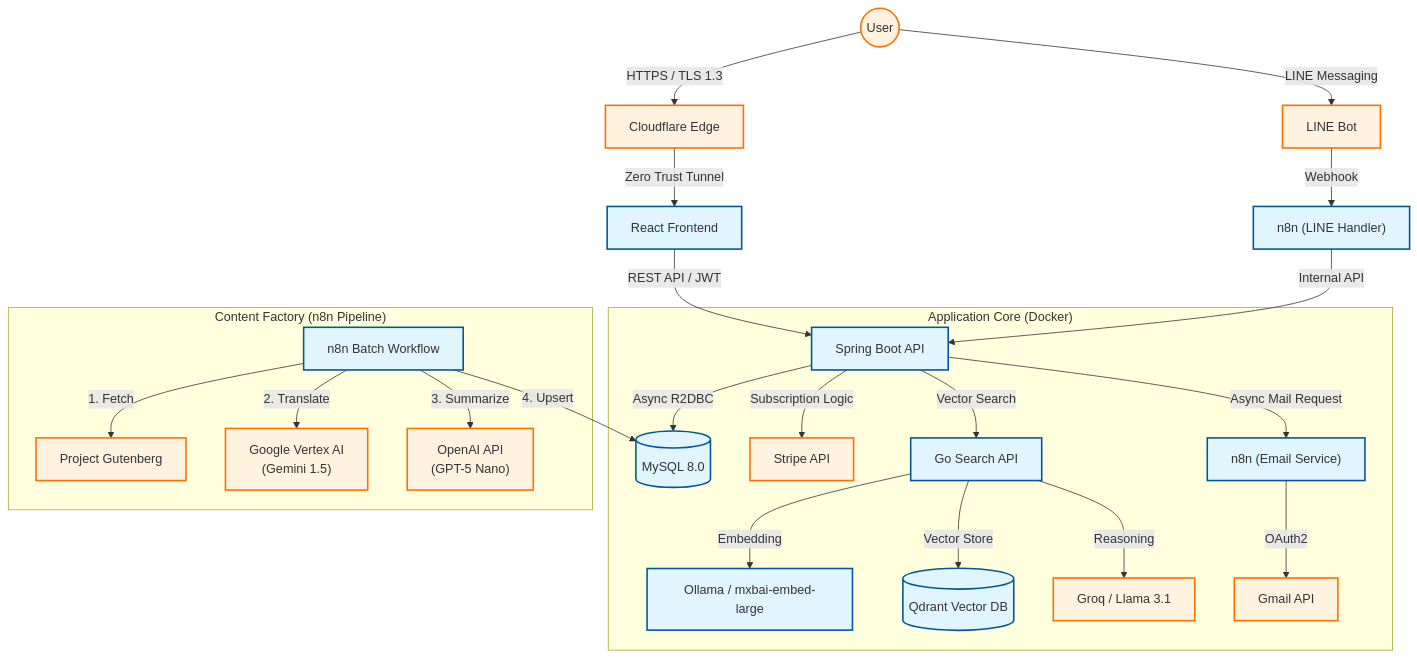
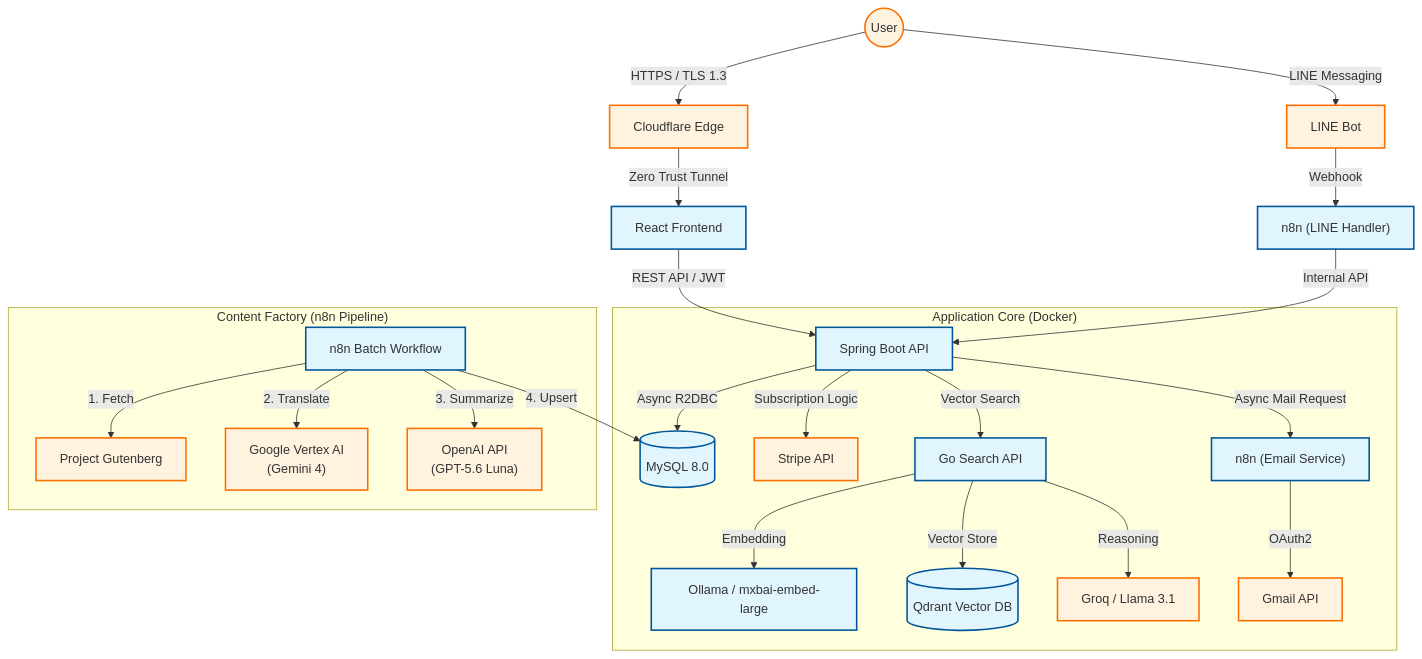
Before and after one commit to mokkoroneo/smartbrief: the diagram in docs/system-architecture-public.md, drawn with Mermaid. The commit also changed other lines of this file and 2 other files, not shown here.

Commit message:
chore(repo): fix index.html lang and entry point, update LICENSE holder, refresh pipeline model names

````diff
--- a/docs/system-architecture-public.md
+++ b/docs/system-architecture-public.md
@@ -32,42 +32,42 @@
 ```mermaid
 graph TD
     %% アクセス層
     User((User)) -->|HTTPS / TLS 1.3| CF[Cloudflare Edge]
     CF -->|Zero Trust Tunnel| FE[React Frontend]
     User -->|LINE Messaging| LINE[LINE Bot]
     
     FE -->|REST API / JWT| BE[Spring Boot API]
     
     %% 外部連携 & マイクロサービス
     LINE -->|Webhook| n8n_bot["n8n (LINE Handler)"]
     n8n_bot -->|Internal API| BE
     
     %% アプリケーションコア
     subgraph "Application Core (Docker)"
         BE -->|Async R2DBC| MySQL[("MySQL 8.0")]
         BE -->|Subscription Logic| Stripe[Stripe API]
 
         BE -->|Vector Search| SearchAPI[Go Search API]
 
         SearchAPI -->|Embedding| Ollama[Ollama / mxbai-embed-large]
 
         SearchAPI -->|Vector Store| Qdrant[(Qdrant Vector DB)]
 
         SearchAPI -->|Reasoning| Groq[Groq / Llama 3.1]
         BE -->|Async Mail Request| n8n_mail["n8n (Email Service)"]
         n8n_mail -->|OAuth2| Gmail[Gmail API]
     end
     
     %% コンテンツ生成ファクトリー
     subgraph "Content Factory (n8n Pipeline)"
         n8n_batch[n8n Batch Workflow] -->|1. Fetch| Gutenberg[Project Gutenberg]
-        n8n_batch -->|2. Translate| Vertex["Google Vertex AI<br/>(Gemini 1.5)"]
-        n8n_batch -->|3. Summarize| OpenAI["OpenAI API<br/>(GPT-5 Nano)"]
+        n8n_batch -->|2. Translate| Vertex["Google Vertex AI<br/>(Gemini 4)"]
+        n8n_batch -->|3. Summarize| OpenAI["OpenAI API<br/>(GPT-5.6 Luna)"]
         n8n_batch -->|4. Upsert| MySQL
     end
 
     classDef container fill:#e1f5fe,stroke:#01579b,stroke-width:2px;
     classDef external fill:#fff3e0,stroke:#ff6f00,stroke-width:2px;
     class FE,BE,n8n_bot,n8n_mail,n8n_batch,MySQL,SearchAPI,Qdrant,Ollama container;
     class User,Stripe,Gutenberg,Vertex,OpenAI,LINE,Gmail,CF,Groq external;
 ```
````
